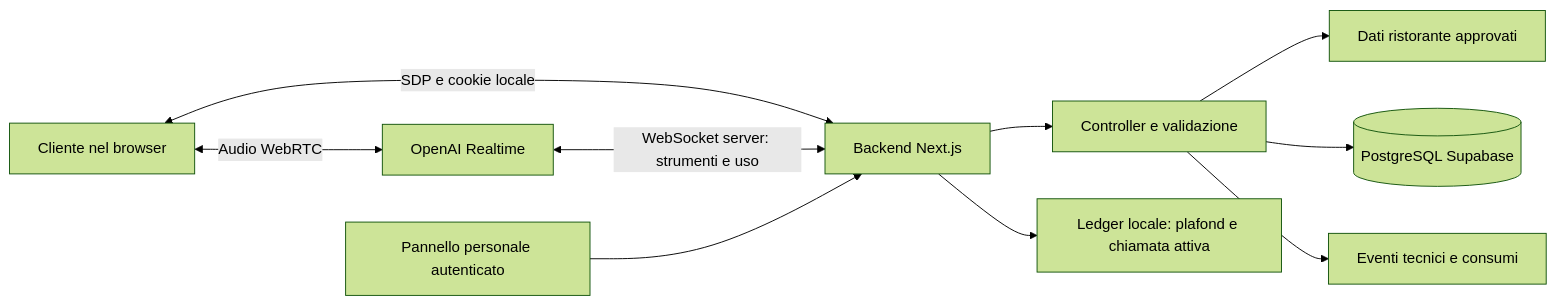
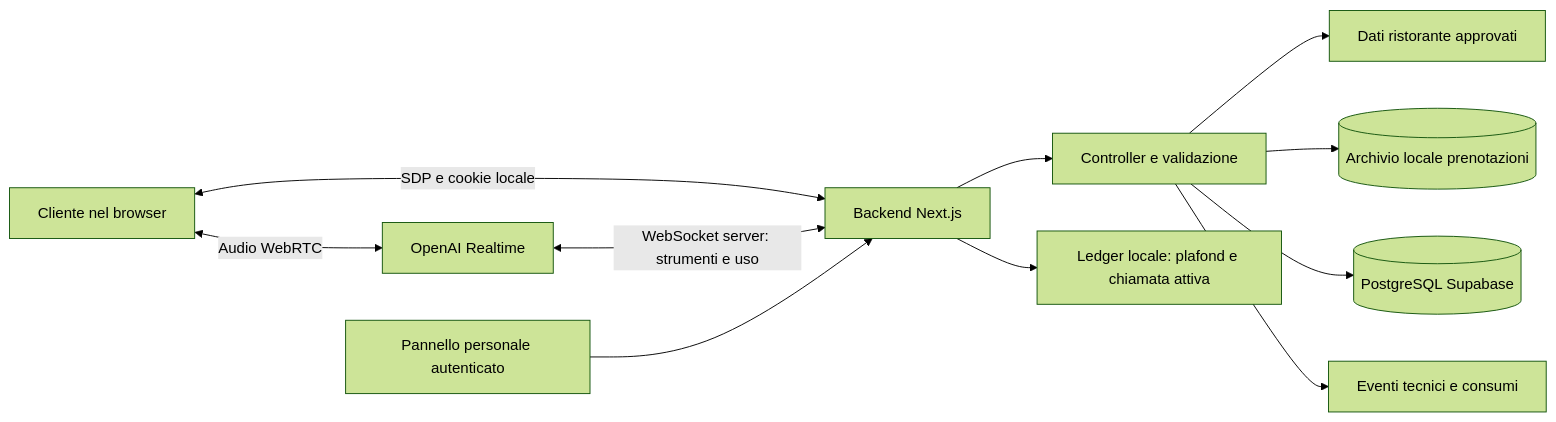
The diagram in docs/ARCHITETTURA.md (DisterMick/AgenteSegreteria), drawn with Mermaid (forest theme) before and after one commit. The commit also changed other lines of this file and 25 other files, not shown here.

````diff
--- a/docs/ARCHITETTURA.md
+++ b/docs/ARCHITETTURA.md
@@ -7,12 +7,13 @@
 ```mermaid
 flowchart LR
     U[Cliente nel browser] <-->|Audio WebRTC| W[OpenAI Realtime]
     U <-->|SDP e cookie locale| B[Backend Next.js]
     W <-->|WebSocket server: strumenti e uso| B
     B --> C[Controller e validazione]
     C --> R[Dati ristorante approvati]
+    C --> A[(Archivio locale prenotazioni)]
     C --> D[(PostgreSQL Supabase)]
     P[Pannello personale autenticato] --> B
     C --> L[Eventi tecnici e consumi]
     B --> F[Ledger locale: plafond e chiamata attiva]
 ```
````
